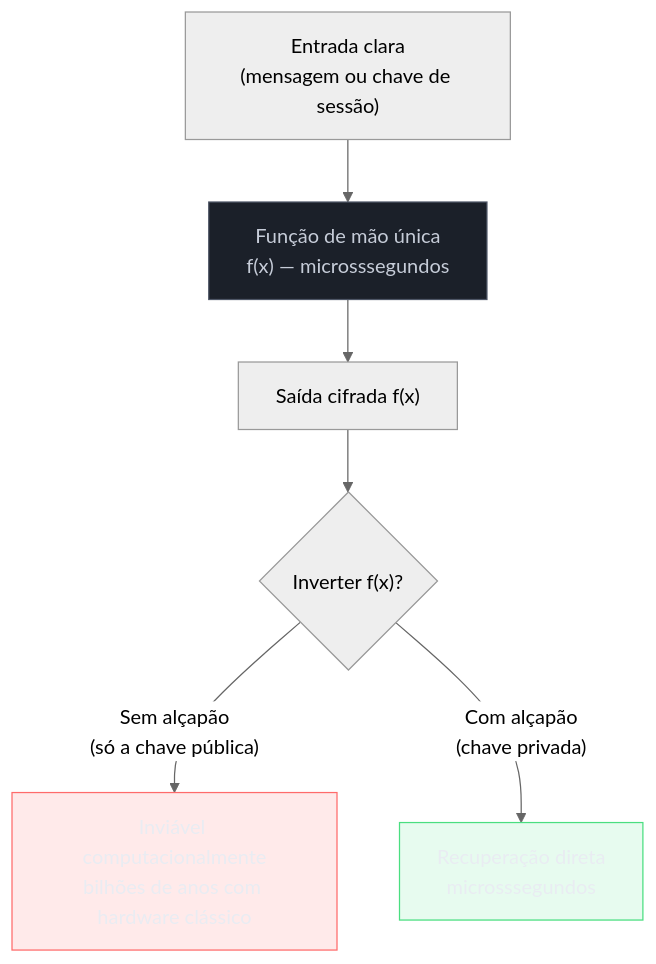
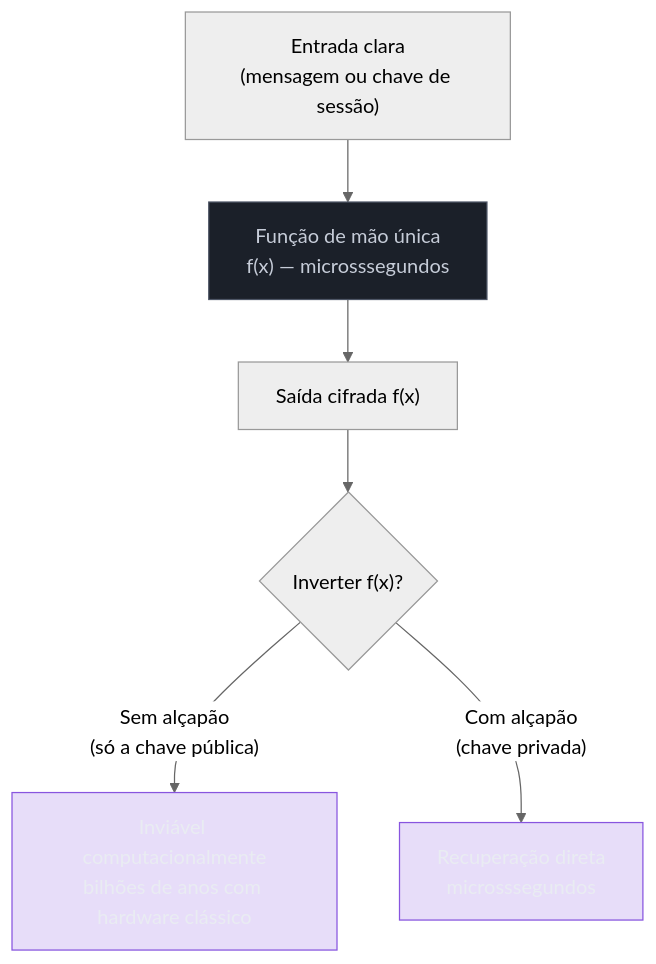
The first of 5 diagrams in 03-Dominios/Engenharia/Segurança/08 - Criptografia assimétrica.md (josenaldo/codex-technomanticus), drawn with Mermaid (neutral theme) before and after one commit. The commit also changed 601 other files, not shown here.

````diff
--- a/03-Dominios/Engenharia/Segurança/08 - Criptografia assimétrica.md
+++ b/03-Dominios/Engenharia/Segurança/08 - Criptografia assimétrica.md
@@ -47,14 +47,13 @@
 ```mermaid
 flowchart TD
-    classDef falha fill:#FF6B6B24,stroke:#FF6B6B,color:#E9ECF2
-    classDef ok fill:#4ADE8021,stroke:#4ADE80,color:#E9ECF2
+    classDef marca fill:#8855DF33,stroke:#8855DF,color:#E9ECF2
     classDef neutro fill:#1B2029,stroke:#4E5666,color:#C6CCD8
     A["Entrada clara\n(mensagem ou chave de sessão)"] --> B["Função de mão única\nf(x) — microsssegundos"]
     B --> C["Saída cifrada f(x)"]
     C --> D{"Inverter f(x)?"}
     D -->|"Sem alçapão\n(só a chave pública)"| E["Inviável computacionalmente\nbilhões de anos com hardware clássico"]
     D -->|"Com alçapão\n(chave privada)"| F["Recuperação direta\nmicrosssegundos"]
-    class E falha
-    class F ok
+    class E marca
+    class F marca
     class B neutro
 ```
````
